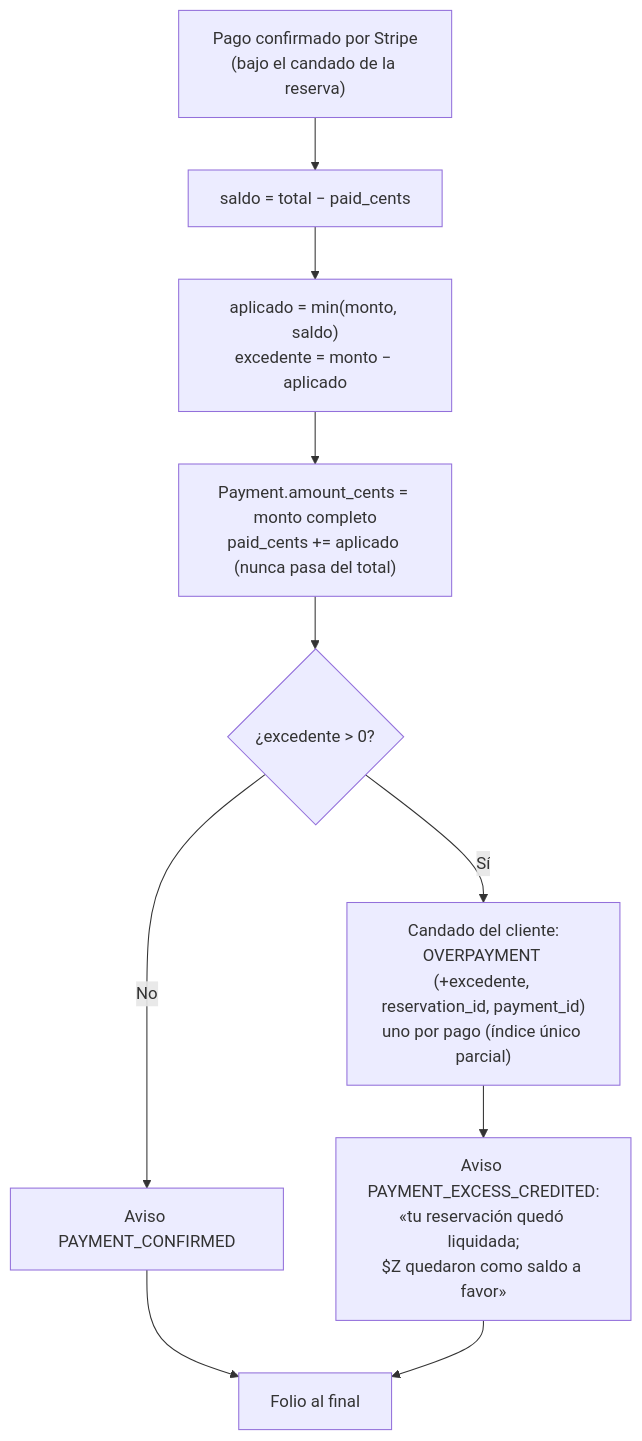
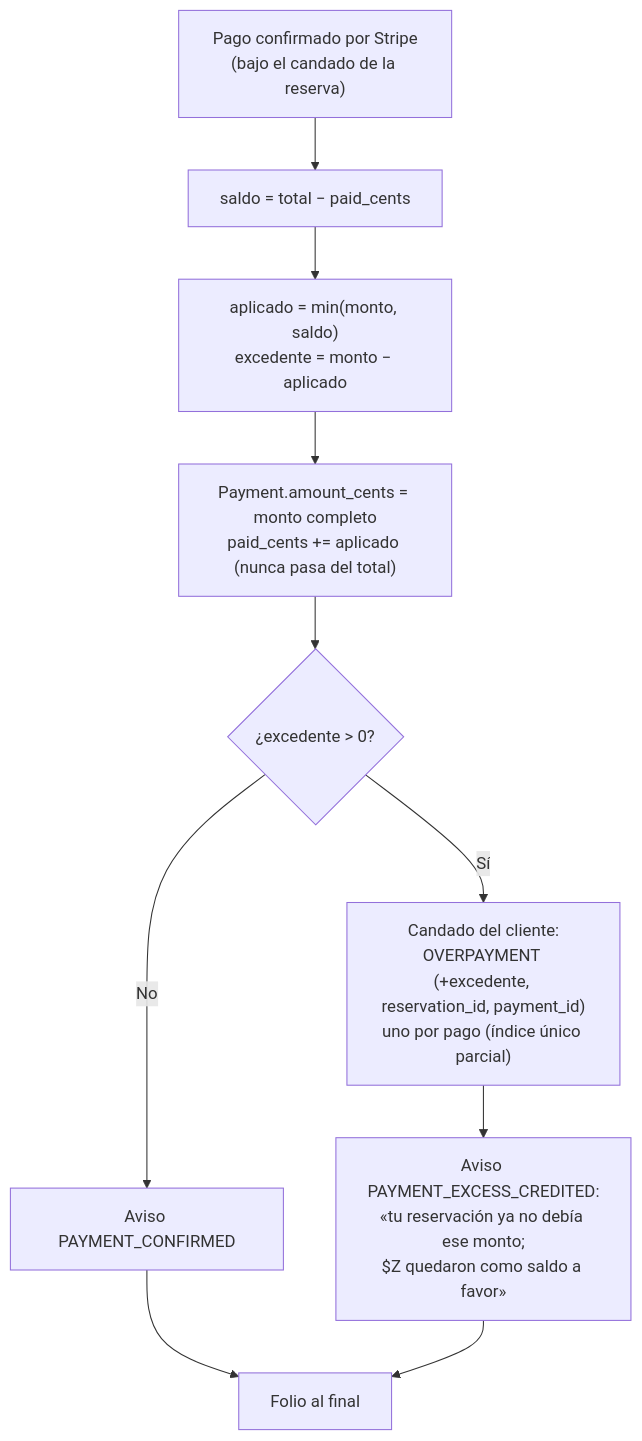
One commit to erickgs2/ruta_mochilera changed diagram 12 of 18 in docs/diagrams/payment-flow.md. Above: the diagram before and after it, drawn with Mermaid. The commit also changed other lines of this file and 12 other files, not shown here.

````diff
--- a/docs/diagrams/payment-flow.md
+++ b/docs/diagrams/payment-flow.md
@@ -339,12 +342,12 @@
 ```mermaid
 flowchart TD
     A["Pago confirmado por Stripe<br/>(bajo el candado de la reserva)"] --> S["saldo = total − paid_cents"]
     S --> AP["aplicado = min(monto, saldo)<br/>excedente = monto − aplicado"]
     AP --> P["Payment.amount_cents = monto completo<br/>paid_cents += aplicado (nunca pasa del total)"]
     P --> X{"¿excedente > 0?"}
     X -- No --> N1["Aviso PAYMENT_CONFIRMED"]
     X -- Sí --> O["Candado del cliente:<br/>OVERPAYMENT (+excedente, reservation_id, payment_id)<br/>uno por pago (índice único parcial)"]
-    O --> N2["Aviso PAYMENT_EXCESS_CREDITED:<br/>«tu reservación quedó liquidada;<br/>$Z quedaron como saldo a favor»"]
+    O --> N2["Aviso PAYMENT_EXCESS_CREDITED:<br/>«tu reservación ya no debía ese monto;<br/>$Z quedaron como saldo a favor»"]
     N1 --> F["Folio al final"]
     N2 --> F
 ```
````
